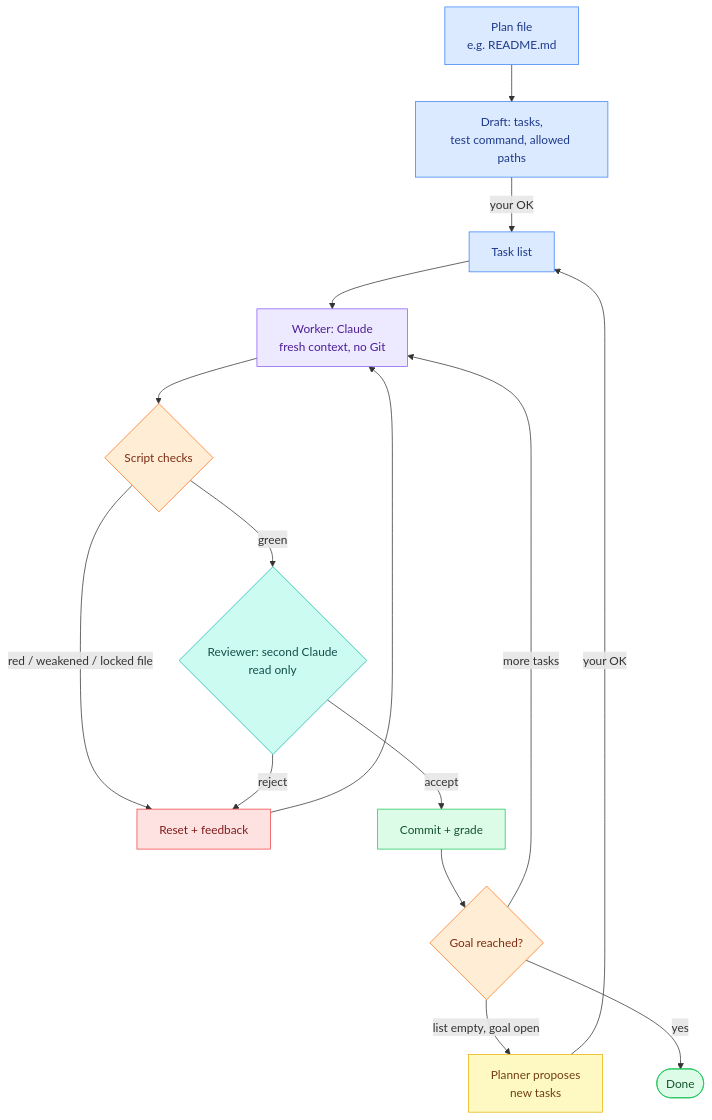
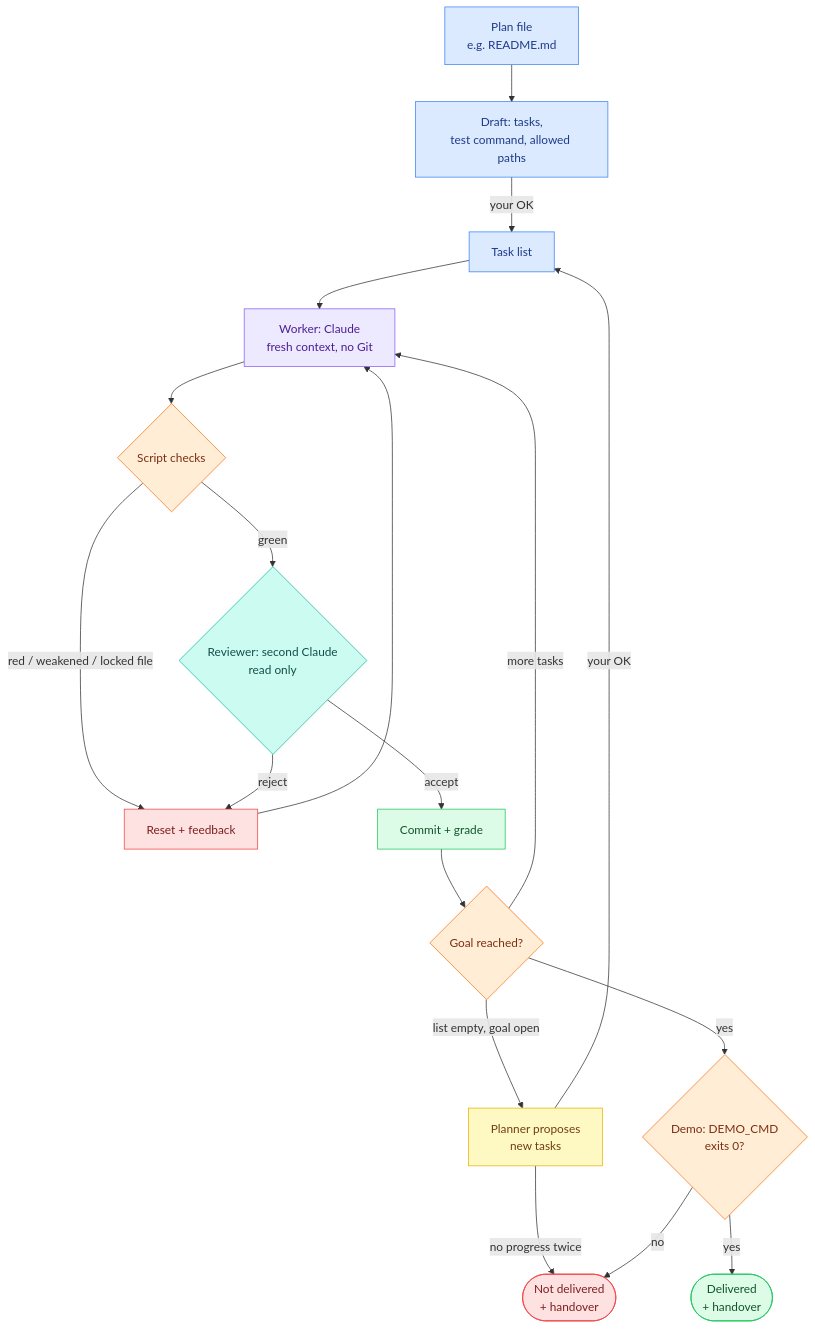
The first of 2 diagrams in README.md (PlatinBit/autopilot-loop), drawn with Mermaid before and after one commit. The commit also changed other lines of this file and 25 other files, not shown here.

First line of the commit message:
0.8.0: done means delivered – demo, handover, brakes that survive restarts

````diff
--- a/README.md
+++ b/README.md
@@ -27,32 +40,35 @@
 ```mermaid
 flowchart TD
     P[Plan file<br/>e.g. README.md] --> D[Draft: tasks,<br/>test command, allowed paths]
     D -- your OK --> T[Task list]
     T --> W[Worker: Claude<br/>fresh context, no Git]
     W --> S{Script checks}
     S -- red / weakened / locked file --> R[Reset + feedback]
     S -- green --> V{Reviewer: second Claude<br/>read only}
     V -- reject --> R
     V -- accept --> C[Commit + grade]
     R --> W
     C --> G{Goal reached?}
     G -- more tasks --> W
     G -- list empty, goal open --> PL[Planner proposes<br/>new tasks]
     PL -- your OK --> T
-    G -- yes --> E([Done])
+    PL -- no progress twice --> N([Not delivered<br/>+ handover])
+    G -- yes --> M{Demo: DEMO_CMD<br/>exits 0?}
+    M -- yes --> E([Delivered<br/>+ handover])
+    M -- no --> N
 
     classDef plan fill:#dbeafe,stroke:#3b82f6,color:#1e3a8a
     classDef worker fill:#ede9fe,stroke:#8b5cf6,color:#4c1d95
     classDef check fill:#ffedd5,stroke:#f97316,color:#7c2d12
     classDef reviewer fill:#ccfbf1,stroke:#14b8a6,color:#134e4a
     classDef commit fill:#dcfce7,stroke:#22c55e,color:#14532d
     classDef reject fill:#fee2e2,stroke:#ef4444,color:#7f1d1d
     classDef planner fill:#fef9c3,stroke:#eab308,color:#713f12
     class P,D,T plan
     class W worker
-    class S,G check
+    class S,G,M check
     class V reviewer
     class C,E commit
-    class R reject
+    class R,N reject
     class PL planner
 ```
````
